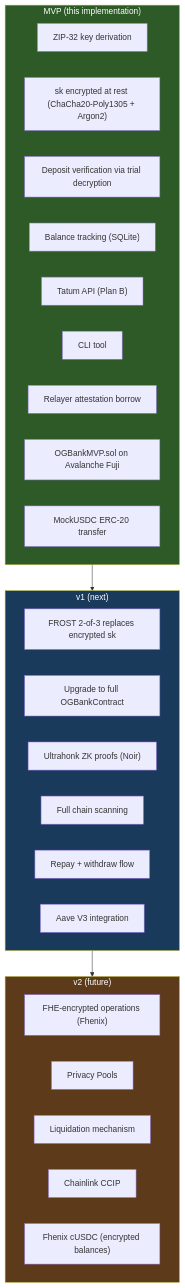
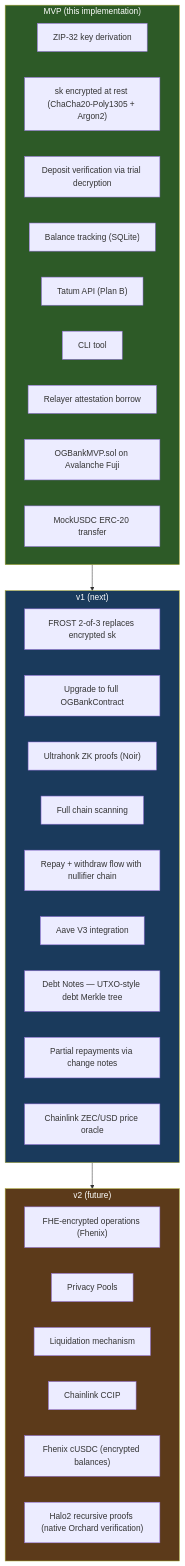
Before and after one commit to sebastianlujan/zlend: the sixth of 6 diagrams in docs/technical/08_mvp.md, drawn with Mermaid. The commit also changed 2 other files, not shown here.

Commit message:
docs: add core cryptography business case

````diff
--- a/docs/technical/08_mvp.md
+++ b/docs/technical/08_mvp.md
@@ -279,37 +279,41 @@
 ```mermaid
 graph TB
     subgraph MVP ["MVP (this implementation)"]
         M1["ZIP-32 key derivation"]
         M2["sk encrypted at rest (ChaCha20-Poly1305 + Argon2)"]
         M3["Deposit verification via trial decryption"]
         M4["Balance tracking (SQLite)"]
         M5["Tatum API (Plan B)"]
         M6["CLI tool"]
         M7["Relayer attestation borrow"]
         M8["OGBankMVP.sol on Avalanche Fuji"]
         M9["MockUSDC ERC-20 transfer"]
     end
 
     subgraph V1 ["v1 (next)"]
         V1A["FROST 2-of-3 replaces encrypted sk"]
         V1B["Upgrade to full OGBankContract"]
         V1C["Ultrahonk ZK proofs (Noir)"]
         V1D["Full chain scanning"]
-        V1E["Repay + withdraw flow"]
+        V1E["Repay + withdraw flow with nullifier chain"]
         V1F["Aave V3 integration"]
+        V1G["Debt Notes — UTXO-style debt Merkle tree"]
+        V1H["Partial repayments via change notes"]
+        V1I["Chainlink ZEC/USD price oracle"]
     end
 
     subgraph V2 ["v2 (future)"]
         V2A["FHE-encrypted operations (Fhenix)"]
         V2B["Privacy Pools"]
         V2C["Liquidation mechanism"]
         V2D["Chainlink CCIP"]
         V2E["Fhenix cUSDC (encrypted balances)"]
+        V2F["Halo2 recursive proofs (native Orchard verification)"]
     end
 
     MVP --> V1 --> V2
 
     style MVP fill:#2d5a27,color:#fff
     style V1 fill:#1a3a5c,color:#fff
     style V2 fill:#5c3a1a,color:#fff
 ```
````
